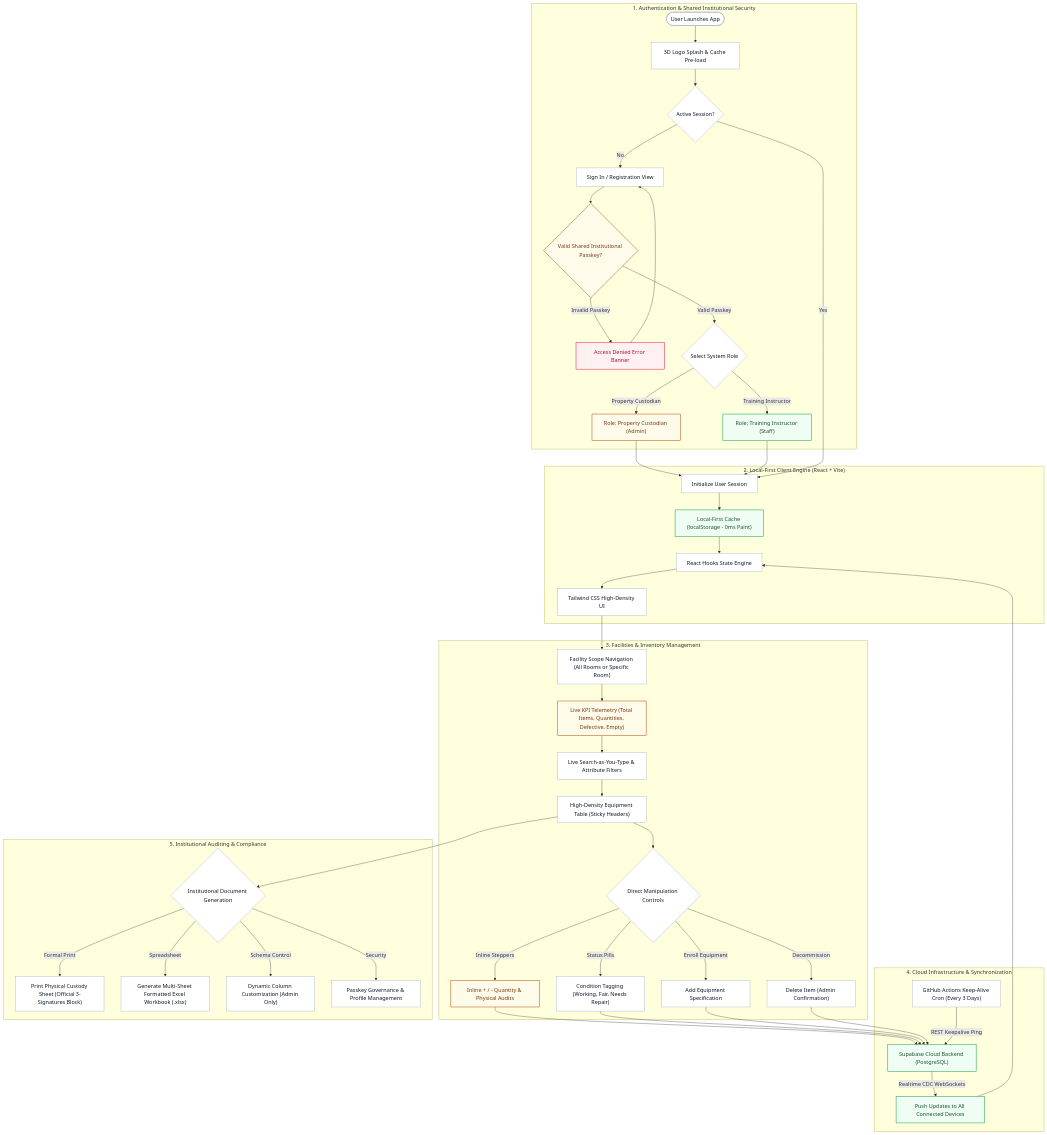
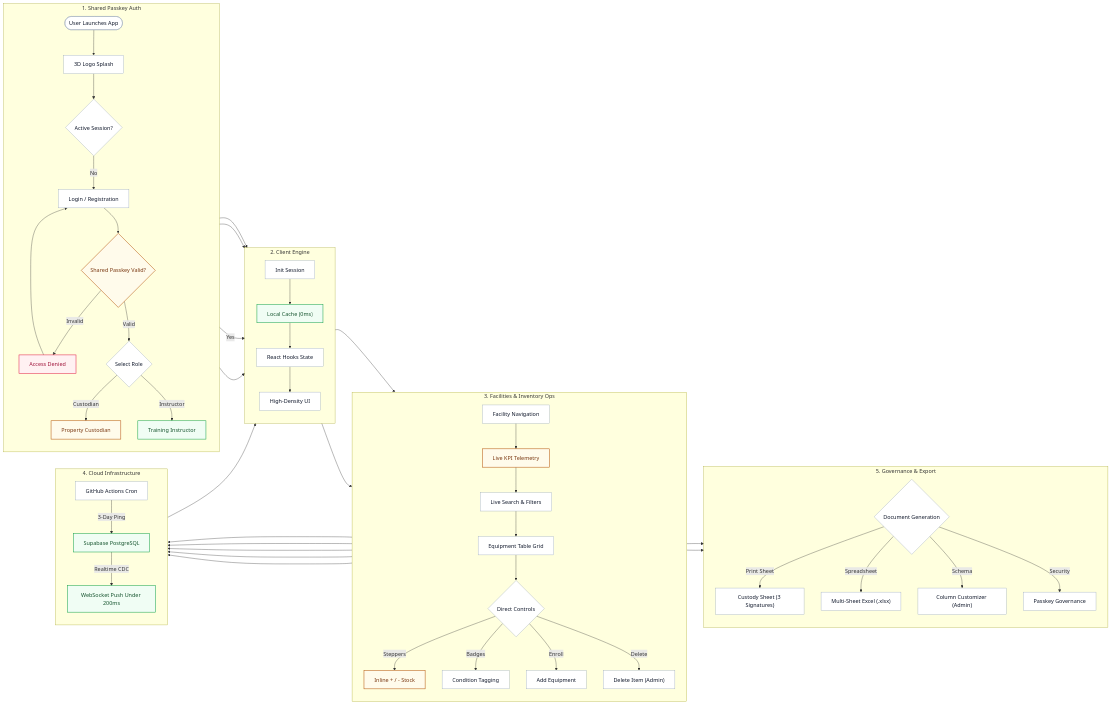
The first of 5 diagrams in docs/APP_FLOWCHART.md (kai-zze/KM100-Stock), drawn with Mermaid before and after one commit. The commit also changed other lines of this file and 7 other files, not shown here.

Commit message:
docs: rearrange all flowcharts for landscape bond paper (11x8.5)

````diff
--- a/docs/APP_FLOWCHART.md
+++ b/docs/APP_FLOWCHART.md
@@ -20,68 +20,71 @@
 ```mermaid
-flowchart TD
-    %% Section 1: Authentication & Shared Passkey
-    subgraph AuthLayer["1. Authentication & Shared Institutional Security"]
-        StartApp([User Launches App]) --> Splash["3D Logo Splash & Cache Pre-load"]
+flowchart LR
+    subgraph S1["1. Shared Passkey Auth"]
+        direction TB
+        StartApp([User Launches App]) --> Splash["3D Logo Splash"]
         Splash --> AuthState{"Active Session?"}
-        AuthState -->|No| LoginModal["Sign In / Registration View"]
-        LoginModal --> PasskeyCheck{"Valid Shared Institutional Passkey?"}
-        PasskeyCheck -->|Invalid Passkey| RejectAuth["Access Denied Error Banner"]
+        AuthState -->|No| LoginModal["Login / Registration"]
+        LoginModal --> PasskeyCheck{"Shared Passkey Valid?"}
+        PasskeyCheck -->|Invalid| RejectAuth["Access Denied"]
         RejectAuth --> LoginModal
-        PasskeyCheck -->|Valid Passkey| RoleChoice{"Select System Role"}
-        RoleChoice -->|Property Custodian| CustodianRole["Role: Property Custodian (Admin)"]
-        RoleChoice -->|Training Instructor| InstructorRole["Role: Training Instructor (Staff)"]
+        PasskeyCheck -->|Valid| RoleChoice{"Select Role"}
+        RoleChoice -->|Custodian| CustodianRole["Property Custodian"]
+        RoleChoice -->|Instructor| InstructorRole["Training Instructor"]
     end
 
-    %% Section 2: Local-First Core Architecture
-    subgraph ClientEngine["2. Local-First Client Engine (React + Vite)"]
-        CustodianRole --> BootSession["Initialize User Session"]
+    subgraph S2["2. Client Engine"]
+        direction TB
+        CustodianRole --> BootSession["Init Session"]
         InstructorRole --> BootSession
         AuthState -->|Yes| BootSession
-        BootSession --> LocalStore["Local-First Cache (localStorage - 0ms Paint)"]
-        LocalStore --> ReactiveState["React Hooks State Engine"]
-        ReactiveState --> UIRender["Tailwind CSS High-Density UI"]
+        BootSession --> LocalStore["Local Cache (0ms)"]
+        LocalStore --> ReactiveState["React Hooks State"]
+        ReactiveState --> UIRender["High-Density UI"]
     end
 
-    %% Section 3: Inventory Lifecycle Operations
-    subgraph OpsLayer["3. Facilities & Inventory Management"]
-        UIRender --> FacilityNav["Facility Scope Navigation (All Rooms or Specific Room)"]
-        FacilityNav --> KPIMetrics["Live KPI Telemetry (Total Items, Quantities, Defective, Empty)"]
-        KPIMetrics --> SearchFilter["Live Search-as-You-Type & Attribute Filters"]
-        SearchFilter --> TableGrid["High-Density Equipment Table (Sticky Headers)"]
-
-        TableGrid --> DirectOps{"Direct Manipulation Controls"}
-        DirectOps -->|Inline Steppers| StepperAdjust["Inline + / - Quantity & Physical Audits"]
-        DirectOps -->|Status Pills| StatusUpdate["Condition Tagging (Working, Fair, Needs Repair)"]
-        DirectOps -->|Enroll Equipment| EnrollModal["Add Equipment Specification"]
-        DirectOps -->|Decommission| DeleteModal["Delete Item (Admin Confirmation)"]
+    subgraph S3["3. Facilities & Inventory Ops"]
+        direction TB
+        UIRender --> FacilityNav["Facility Navigation"]
+        FacilityNav --> KPIMetrics["Live KPI Telemetry"]
+        KPIMetrics --> SearchFilter["Live Search & Filters"]
+        SearchFilter --> TableGrid["Equipment Table Grid"]
+        TableGrid --> DirectOps{"Direct Controls"}
+        DirectOps -->|Steppers| StepperAdjust["Inline + / - Stock"]
+        DirectOps -->|Badges| StatusUpdate["Condition Tagging"]
+        DirectOps -->|Enroll| EnrollModal["Add Equipment"]
+        DirectOps -->|Delete| DeleteModal["Delete Item (Admin)"]
     end
 
-    %% Section 4: Cloud Persistence & Automation
-    subgraph CloudLayer["4. Cloud Infrastructure & Synchronization"]
-        StepperAdjust --> CloudSync["Supabase Cloud Backend (PostgreSQL)"]
+    subgraph S4["4. Cloud Infrastructure"]
+        direction TB
+        StepperAdjust --> CloudSync["Supabase PostgreSQL"]
         StatusUpdate --> CloudSync
         EnrollModal --> CloudSync
         DeleteModal --> CloudSync
-        CloudSync -->|Realtime CDC WebSockets| RealtimeSync["Push Updates to All Connected Devices"]
+        CloudSync -->|Realtime CDC| RealtimeSync["WebSocket Push Under 200ms"]
         RealtimeSync --> ReactiveState
-        GHA["GitHub Actions Keep-Alive Cron (Every 3 Days)"] -->|REST Keepalive Ping| CloudSync
+        GHA["GitHub Actions Cron"] -->|3-Day Ping| CloudSync
     end
 
-    %% Section 5: Institutional Governance & Reporting
-    subgraph ReportingLayer["5. Institutional Auditing & Compliance"]
-        TableGrid --> ExportReport{"Institutional Document Generation"}
-        ExportReport -->|Formal Print| PrintSheet["Print Physical Custody Sheet (Official 3-Signatures Block)"]
-        ExportReport -->|Spreadsheet| ExcelExport["Generate Multi-Sheet Formatted Excel Workbook (.xlsx)"]
-        ExportReport -->|Schema Control| SchemaConfig["Dynamic Column Customization (Admin Only)"]
-        ExportReport -->|Security| PasskeyMgmt["Passkey Governance & Profile Management"]
+    subgraph S5["5. Governance & Export"]
+        direction TB
+        TableGrid --> ExportReport{"Document Generation"}
+        ExportReport -->|Print Sheet| PrintSheet["Custody Sheet (3 Signatures)"]
+        ExportReport -->|Spreadsheet| ExcelExport["Multi-Sheet Excel (.xlsx)"]
+        ExportReport -->|Schema| SchemaConfig["Column Customizer (Admin)"]
+        ExportReport -->|Security| PasskeyMgmt["Passkey Governance"]
     end
+
+    S1 --> S2 --> S3
+    S3 --> S4
+    S3 --> S5
 
     classDef default fill:#ffffff,stroke:#94a3b8,stroke-width:1px,color:#0f172a;
     classDef amber fill:#fffbeb,stroke:#b45309,stroke-width:1.5px,color:#78350f;
     classDef emerald fill:#f0fdf4,stroke:#16a34a,stroke-width:1.5px,color:#14532d;
     classDef rose fill:#fff1f2,stroke:#e11d48,stroke-width:1.5px,color:#9f1239;
 
     class CustodianRole,PasskeyCheck,StepperAdjust,KPIMetrics amber;
     class InstructorRole,CloudSync,RealtimeSync,LocalStore emerald;
     class RejectAuth rose;
 ```
````
